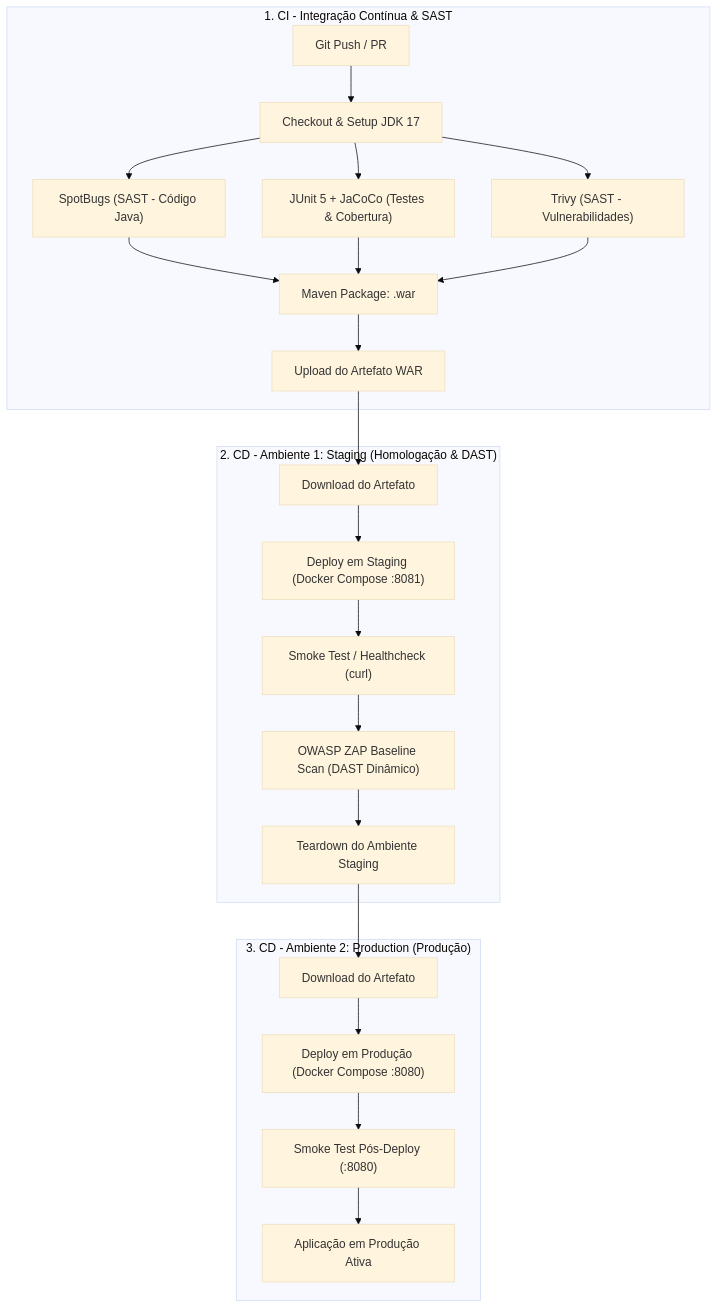
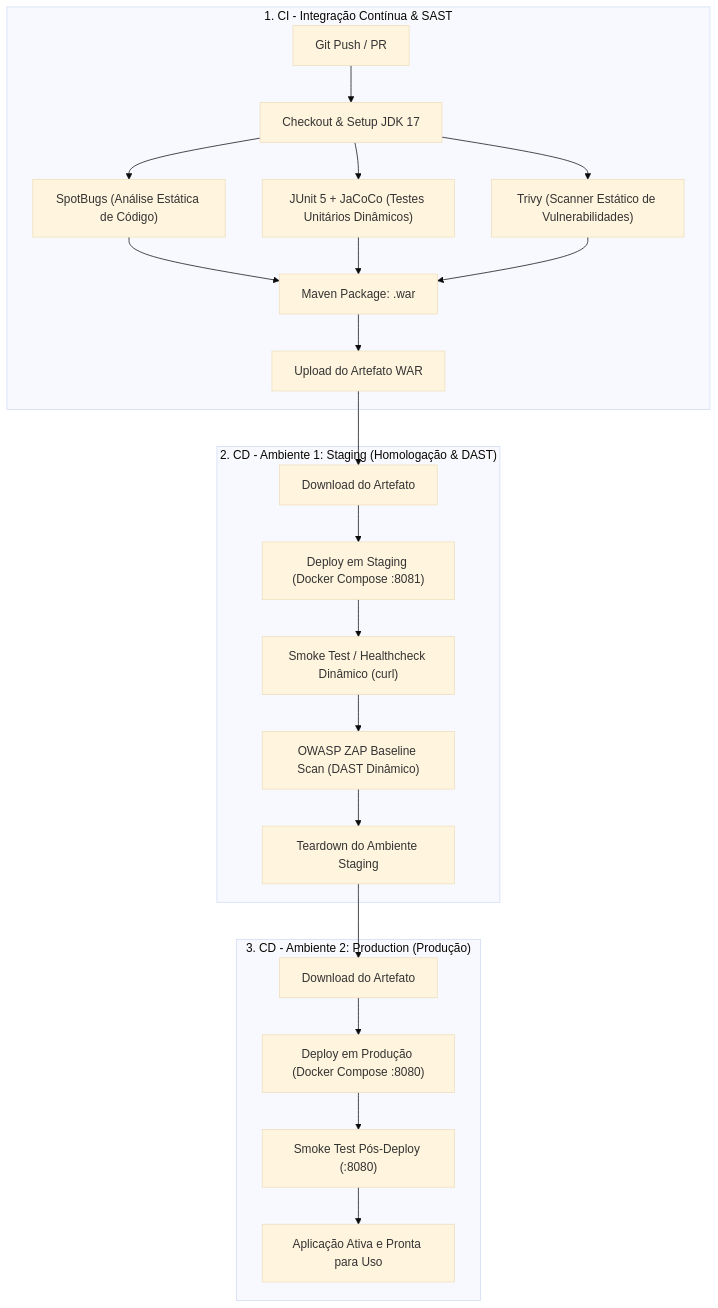
Before and after one commit to GGabrielRodrigues/pratica-github-actions: the diagram in README.md, drawn with Mermaid (base theme). The commit also changed other lines of this file and 2 other files, not shown here.

````diff
--- a/README.md
+++ b/README.md
@@ -11,26 +41,26 @@
 ```mermaid
 flowchart TD
     subgraph CI["1. CI - Integração Contínua & SAST"]
         A[Git Push / PR] --> B[Checkout & Setup JDK 17]
-        B --> C["SpotBugs (SAST - Código Java)"]
-        B --> D["JUnit 5 + JaCoCo (Testes & Cobertura)"]
-        B --> E["Trivy (SAST - Vulnerabilidades)"]
+        B --> C["SpotBugs (Análise Estática de Código)"]
+        B --> D["JUnit 5 + JaCoCo (Testes Unitários Dinâmicos)"]
+        B --> E["Trivy (Scanner Estático de Vulnerabilidades)"]
         C & D & E --> F[Maven Package: .war]
         F --> G[Upload do Artefato WAR]
     end
 
-    subgraph CD_Staging["2. CD - Ambiente 1: Staging (Homologação & DAST)"]
+    subgraph Staging["2. CD - Ambiente 1: Staging (Homologação & DAST)"]
         G --> H[Download do Artefato]
         H --> I["Deploy em Staging (Docker Compose :8081)"]
-        I --> J["Smoke Test / Healthcheck (curl)"]
+        I --> J["Smoke Test / Healthcheck Dinâmico (curl)"]
         J --> K["OWASP ZAP Baseline Scan (DAST Dinâmico)"]
         K --> L[Teardown do Ambiente Staging]
     end
 
-    subgraph CD_Prod["3. CD - Ambiente 2: Production (Produção)"]
+    subgraph Production["3. CD - Ambiente 2: Production (Produção)"]
         L --> M[Download do Artefato]
         M --> N["Deploy em Produção (Docker Compose :8080)"]
         N --> O["Smoke Test Pós-Deploy (:8080)"]
-        O --> P[Aplicação em Produção Ativa]
+        O --> P[Aplicação Ativa e Pronta para Uso]
     end
 ```
````
